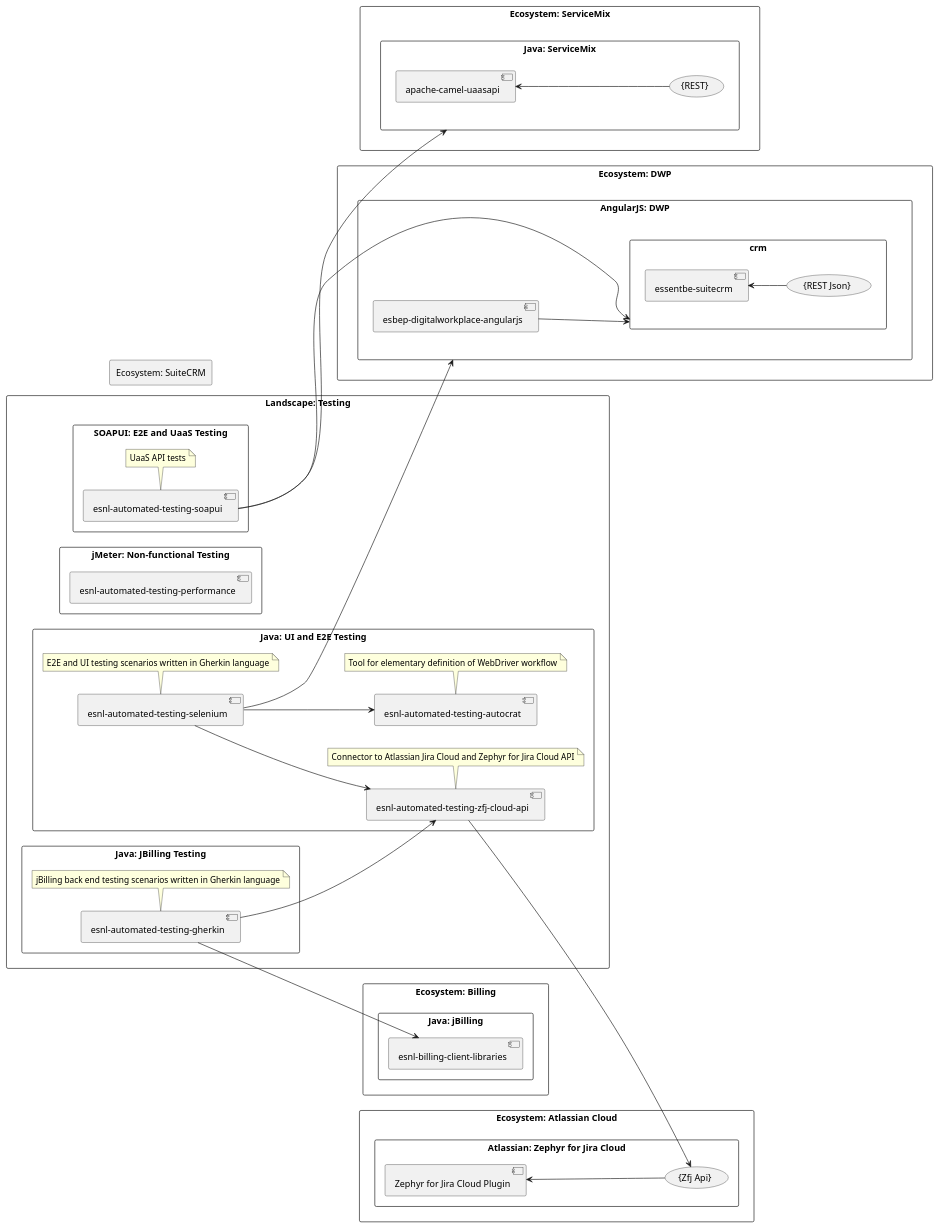
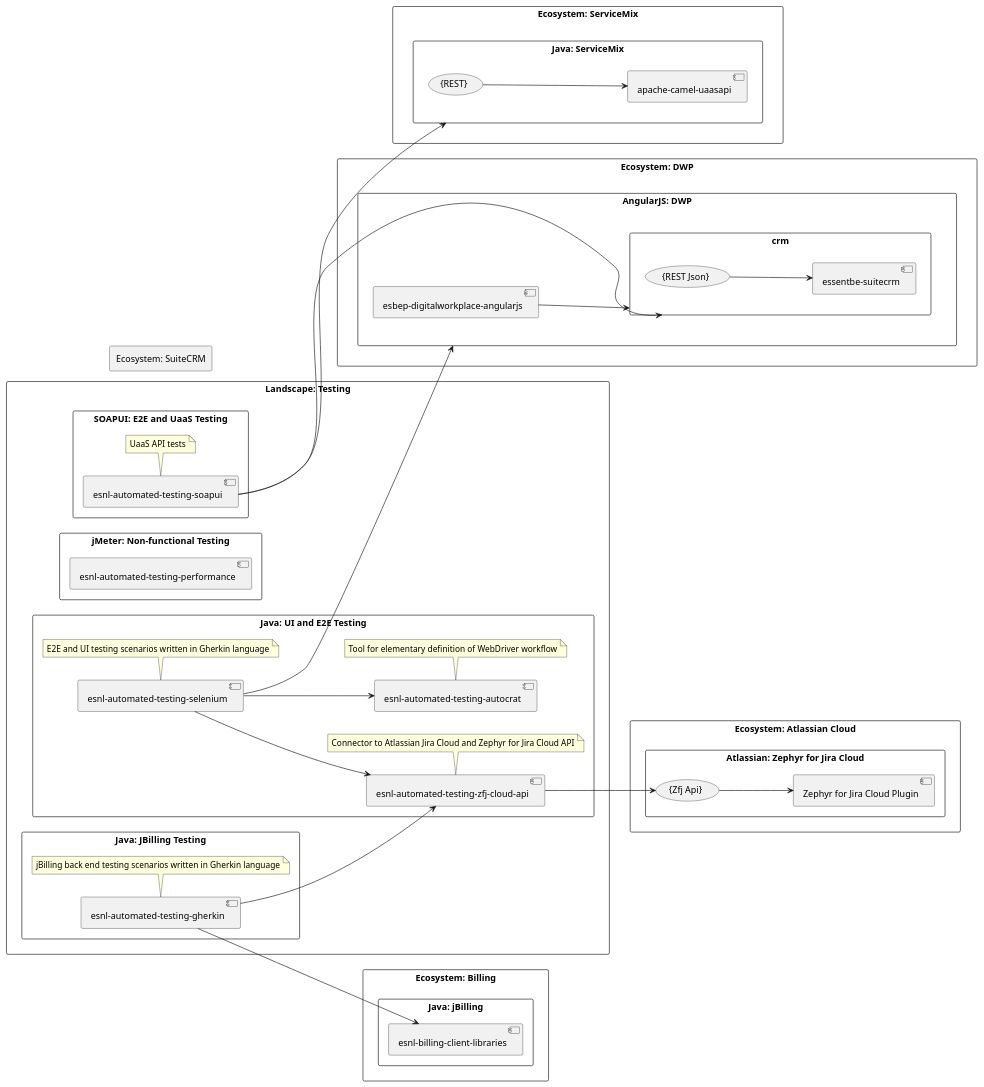
One commit to bmaksimo/essent-selenium-automated-testing changed the diagram in doc/TestingProjectsRelationships.plantuml. Above: the diagram before and after it, drawn with PlantUML.

Commit message:
PlantUML documentation source nicely formatted

```diff
--- a/doc/TestingProjectsRelationships.plantuml
+++ b/doc/TestingProjectsRelationships.plantuml
@@ -1,81 +1,90 @@
 @startuml
 'look up: http://plantuml.com/component-diagram
 left to right direction
 
 'DWP
 rectangle "Ecosystem: DWP" as ecosystem_dwp {
 rectangle "AngularJS: DWP" as dwp {
  [esbep-digitalworkplace-angularjs] as angular
  angular --> crm
 }
 }
 
 'SuiteCRM
 rectangle "Ecosystem: SuiteCRM" as landscape_crm {
 rectangle "Php: SuiteCRM" as crm {
  ({REST Json})  as rest_crm
- [essentbe-suitecrm] <-- rest_crm
+ rest_crm --> [essentbe-suitecrm]
 }
 }
 
 'Servicemix
 rectangle "Ecosystem: ServiceMix" as landscape_mix {
 rectangle "Java: ServiceMix" as mix {
  ({REST}) as mix_rest
- [apache-camel-uaasapi] <-- mix_rest
+ mix_rest --> [apache-camel-uaasapi]
 }
 }
 
 'Billing
 rectangle "Ecosystem: Billing" as landscape_jb {
 rectangle "Java: jBilling" as b {
 [esnl-billing-client-libraries]
 }
 }
 
 'Atlassian Cloud
 rectangle "Ecosystem: Atlassian Cloud" as landscape_atlassian {
 rectangle "Atlassian: Zephyr for Jira Cloud" as zephyr {
 ({Zfj Api}) as zephyr_rest
-[Zephyr for Jira Cloud Plugin] <-- zephyr_rest
+ zephyr_rest --> [Zephyr for Jira Cloud Plugin]
 }
 }
+
+'Testing Landscape
 rectangle "Landscape: Testing" as landscape_t {
 
 'SOAPUI
 rectangle "SOAPUI: E2E and UaaS Testing" as uaas {
 [esnl-automated-testing-soapui]
 note bottom of [esnl-automated-testing-soapui]
 UaaS API tests
 end note
 [esnl-automated-testing-soapui] --> crm
 [esnl-automated-testing-soapui] --> mix
 }
+
+'jMeter
 rectangle "jMeter: Non-functional Testing" as nft {
 [esnl-automated-testing-performance]
 }
+
+
+'Java E2E Testing Gherkin and Selenium
 rectangle "Java: UI and E2E Testing" as e2e {
 [esnl-automated-testing-selenium] --> dwp
 [esnl-automated-testing-selenium] --> [esnl-automated-testing-autocrat]
 [esnl-automated-testing-selenium] --> [esnl-automated-testing-zfj-cloud-api]
 [esnl-automated-testing-zfj-cloud-api] --> zephyr_rest
 note bottom of [esnl-automated-testing-selenium]
 E2E and UI testing scenarios written in Gherkin language
 end note
 note bottom of [esnl-automated-testing-autocrat]
 Tool for elementary definition of WebDriver workflow
 end note
 note bottom of [esnl-automated-testing-zfj-cloud-api]
 Connector to Atlassian Jira Cloud and Zephyr for Jira Cloud API
 end note
 }
+
+'Java jBilling back-end testing Gherkin
 rectangle "Java: JBilling Testing" as be {
 [esnl-automated-testing-gherkin] --> [esnl-automated-testing-zfj-cloud-api]
 [esnl-automated-testing-gherkin] --> [esnl-billing-client-libraries]
 note bottom of [esnl-automated-testing-gherkin]
 jBilling back end testing scenarios written in Gherkin language
 end note
 }
 }
 
 @enduml
```
